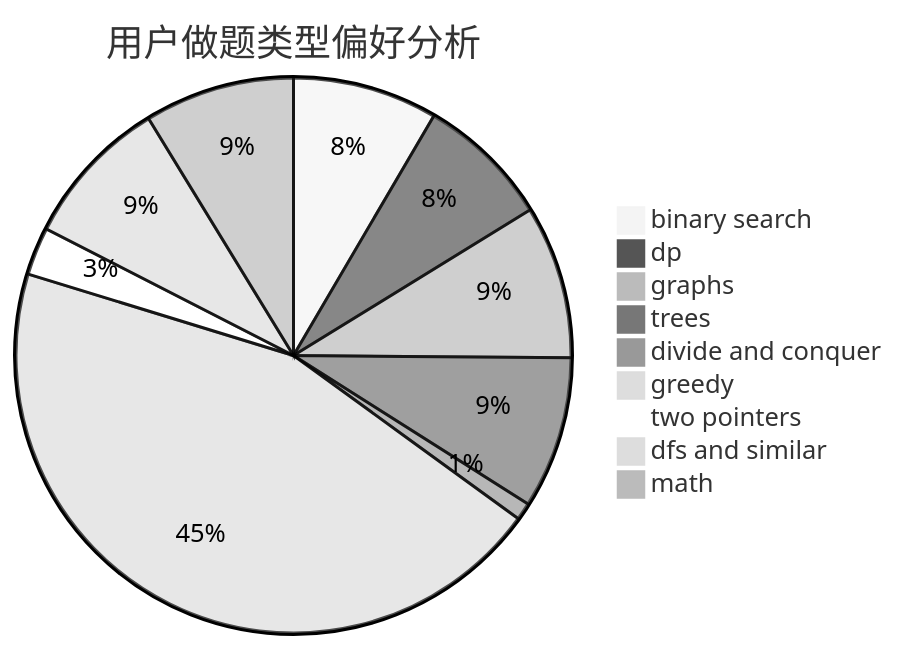
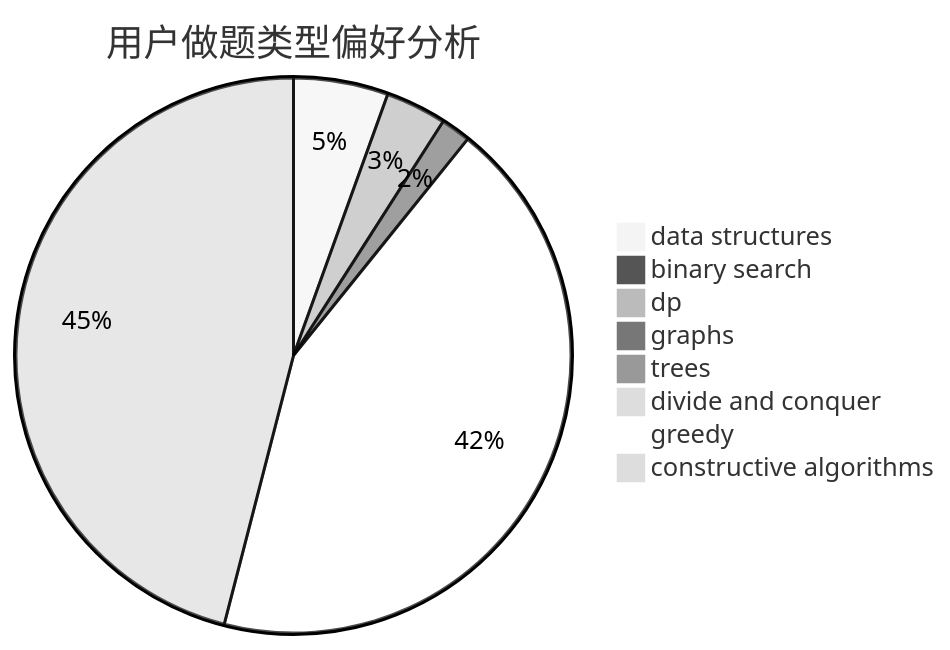
Before and after one commit to sherpahu/cfrs.github.io: the second of 3 diagrams in docs/user/u2403.md, drawn with Mermaid (neutral theme). The commit also changed other lines of this file and 2775 other files, not shown here.

````diff
--- a/docs/user/u2403.md
+++ b/docs/user/u2403.md
@@ -23,12 +23,11 @@
 ```mermaid
 pie title 用户做题类型偏好分析
-    "binary search" :  142
-    "dp" :  131
-    "graphs" :  150
-    "trees" :  149
-    "divide and conquer" :  17
-    "greedy" :  753
-    "two pointers" :  47
-    "dfs and similar" :  147
-    "math" :  147
+    "data structures" :  70
+    "binary search" :  11
+    "dp" :  45
+    "graphs" :  22
+    "trees" :  11
+    "divide and conquer" :  0
+    "greedy" :  549
+    "constructive algorithms" :  584
 ```
````
